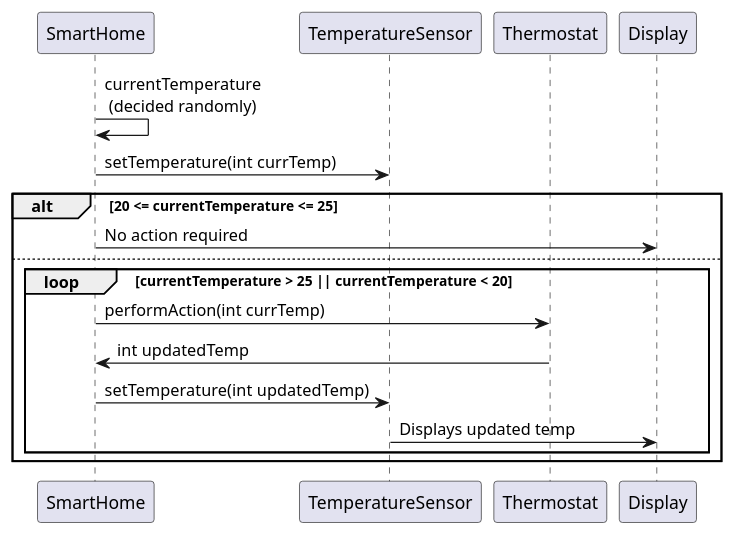
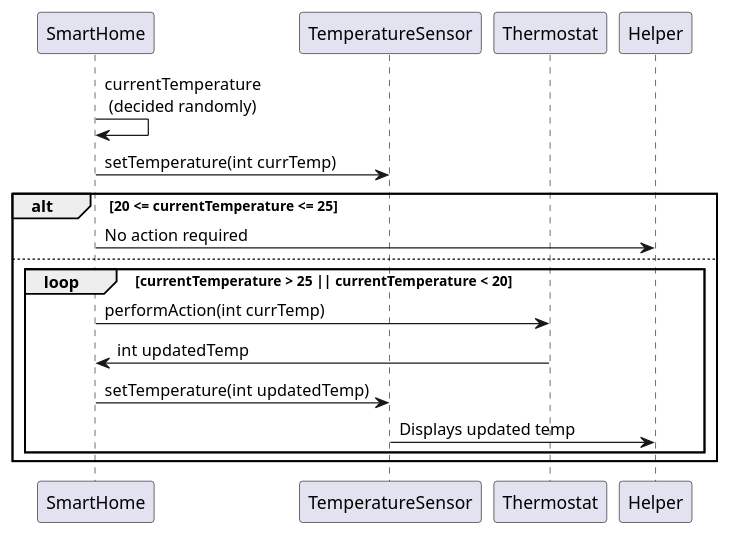
One commit to umutcanceyhan7/oop-practice-projects changed the diagram in src/Diagrams/SequenceDiagram/regulateTemperature.puml. Above: the diagram before and after it, drawn with PlantUML. The commit also changed 3 other files, not shown here.

Commit message:
fix: update diagram variable from display to helper

```diff
--- a/src/Diagrams/SequenceDiagram/regulateTemperature.puml
+++ b/src/Diagrams/SequenceDiagram/regulateTemperature.puml
@@ -1,19 +1,19 @@
 @startuml
 participant TemperatureSensor order 200
 participant SmartHome order 100
 participant Thermostat order 300
-participant Display order 500
+participant Helper order 500
 
 SmartHome -> SmartHome: currentTemperature\n (decided randomly)
 SmartHome -> TemperatureSensor: setTemperature(int currTemp)
 alt 20 <= currentTemperature <= 25
-SmartHome -> Display: No action required
+SmartHome -> Helper: No action required
 else
     loop currentTemperature > 25 || currentTemperature < 20
     SmartHome -> Thermostat: performAction(int currTemp)
     Thermostat -> SmartHome: int updatedTemp
     SmartHome -> TemperatureSensor: setTemperature(int updatedTemp)
-    TemperatureSensor -> Display: Displays updated temp
+    TemperatureSensor -> Helper: Displays updated temp
     end
 end
 @enduml
```
